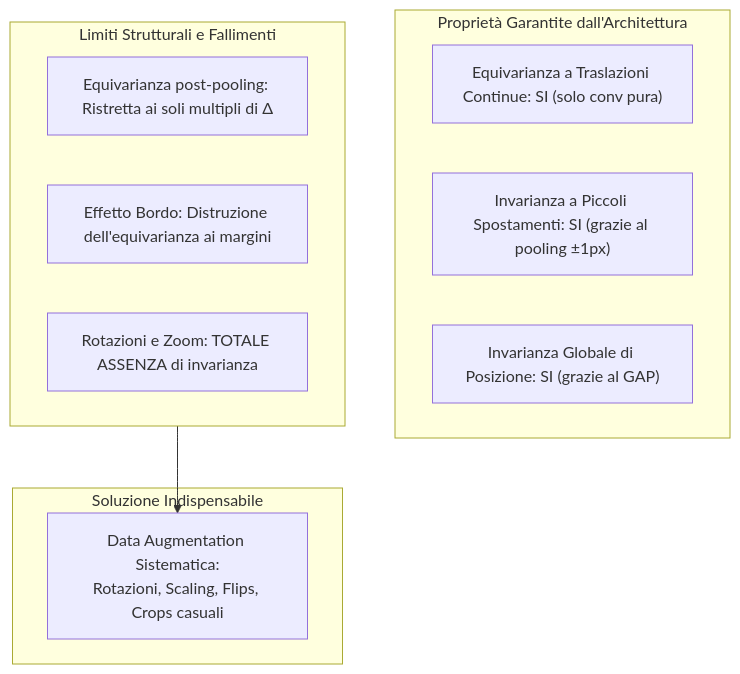
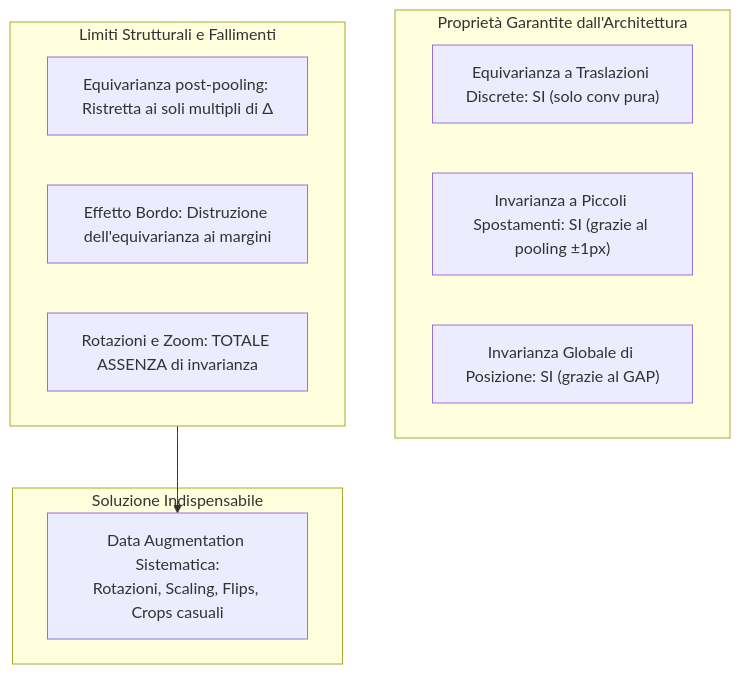
Before and after one commit to michelevantaggi02/Magistrale: the diagram in Anno 2/Deep Learning And Robot Perception/10. Anatomia di una CNN, Visualizzazione delle Feature e Convoluzioni Avanzate.md, drawn with Mermaid. The commit also changed other lines of this file and 170 other files, not shown here.

````diff
--- a/Anno 2/Deep Learning And Robot Perception/10. Anatomia di una CNN, Visualizzazione delle Feature e Convoluzioni Avanzate.md
+++ b/Anno 2/Deep Learning And Robot Perception/10. Anatomia di una CNN, Visualizzazione delle Feature e Convoluzioni Avanzate.md
@@ -350,20 +350,20 @@
 ```mermaid
 flowchart TD
     subgraph Arch["Proprietà Garantite dall'Architettura"]
-        A1["Equivarianza a Traslazioni Continue: SI (solo conv pura)"]
+        A1["Equivarianza a Traslazioni Discrete: SI (solo conv pura)"]
         A2["Invarianza a Piccoli Spostamenti: SI (grazie al pooling ±1px)"]
         A3["Invarianza Globale di Posizione: SI (grazie al GAP)"]
     end
 
     subgraph Limiti["Limiti Strutturali e Fallimenti"]
         L1["Equivarianza post-pooling: Ristretta ai soli multipli di Δ"]
         L2["Effetto Bordo: Distruzione dell'equivarianza ai margini"]
         L3["Rotazioni e Zoom: TOTALE ASSENZA di invarianza"]
     end
 
     subgraph Soluzione["Soluzione Indispensabile"]
         S1["Data Augmentation Sistematica:<br>Rotazioni, Scaling, Flips, Crops casuali"]
     end
 
     Limiti --> S1
 ```
````
